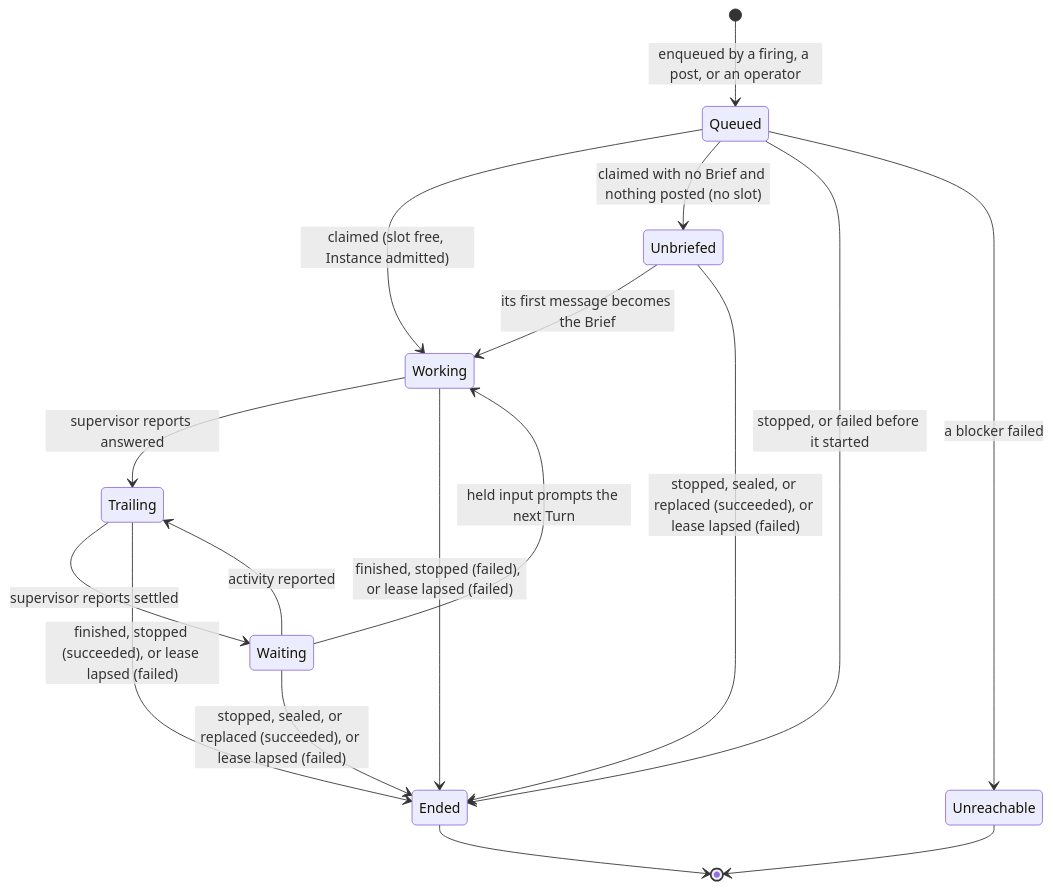
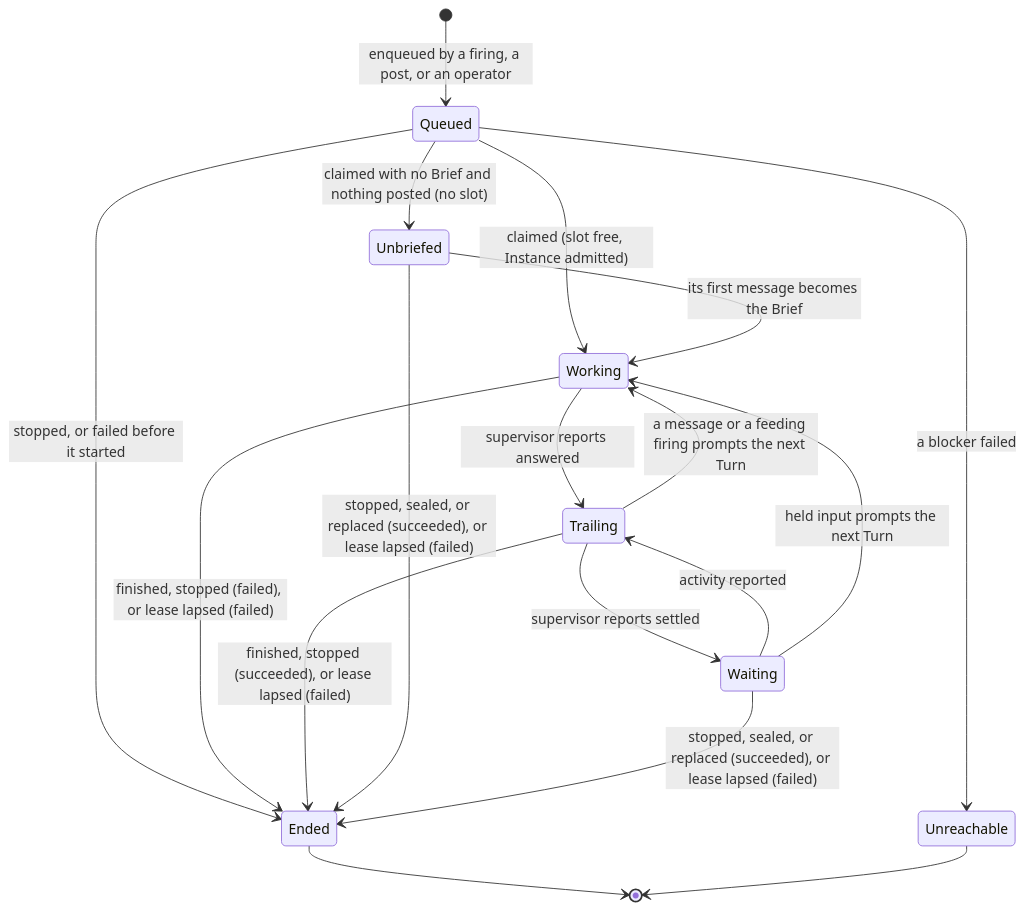
Before and after one commit to openkestrel/kestrel: the first of 2 diagrams in docs/architecture/sessions.md, drawn with Mermaid. The commit also changed other lines of this file and 17 other files, not shown here.

First line of the commit message:
A message, a Firing or a stop reaches a trailing Session (0.3/21)

````diff
--- a/docs/architecture/sessions.md
+++ b/docs/architecture/sessions.md
@@ -11,19 +11,20 @@
 ```mermaid
 stateDiagram-v2
     [*] --> Queued: enqueued by a firing, a post, or an operator
     Queued --> Working: claimed (slot free, Instance admitted)
     Queued --> Unbriefed: claimed with no Brief and nothing posted (no slot)
     Queued --> Ended: stopped, or failed before it started
     Queued --> Unreachable: a blocker failed
     Unbriefed --> Working: its first message becomes the Brief
     Working --> Trailing: supervisor reports answered
     Trailing --> Waiting: supervisor reports settled
     Waiting --> Trailing: activity reported
     Waiting --> Working: held input prompts the next Turn
+    Trailing --> Working: a message or a feeding firing prompts the next Turn
     Working --> Ended: finished, stopped (failed), or lease lapsed (failed)
     Trailing --> Ended: finished, stopped (succeeded), or lease lapsed (failed)
     Unbriefed --> Ended: stopped, sealed, or replaced (succeeded), or lease lapsed (failed)
     Waiting --> Ended: stopped, sealed, or replaced (succeeded), or lease lapsed (failed)
     Ended --> [*]
     Unreachable --> [*]
 ```
````
